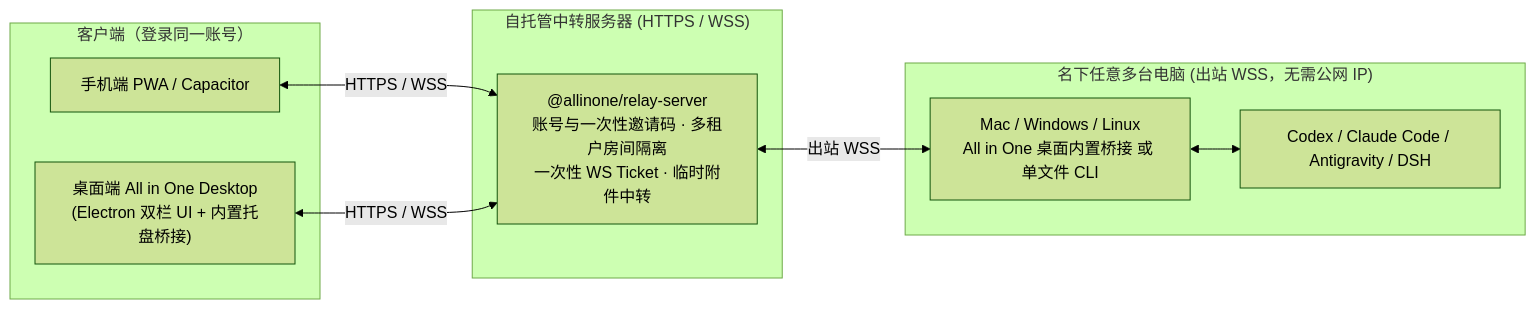
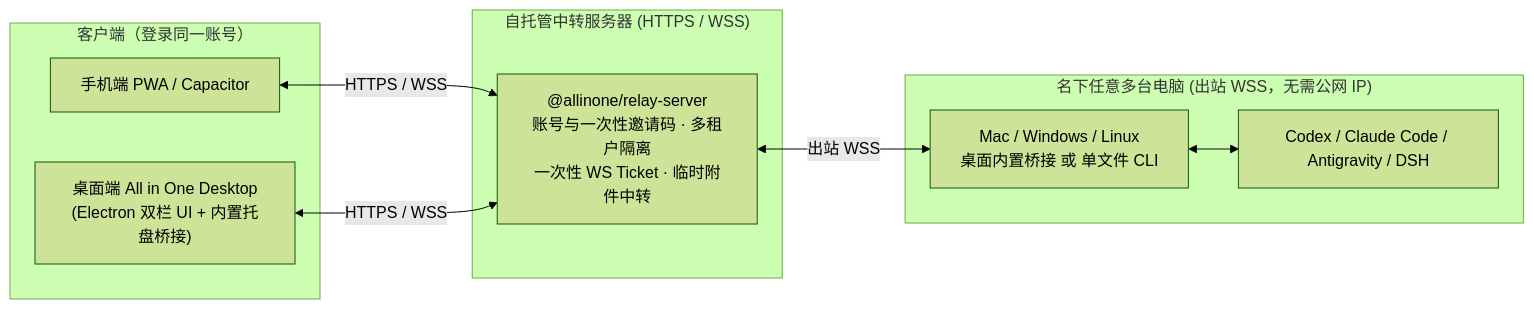
One commit to RainbowLion0320/AllinOne changed the diagram in README.md. Above: the diagram before and after it, drawn with Mermaid (forest theme). The commit also changed other lines of this file and 3 other files, not shown here.

````diff
--- a/README.md
+++ b/README.md
@@ -43,21 +117,21 @@
 ```mermaid
 flowchart LR
   subgraph Clients["客户端（登录同一账号）"]
     M["手机端 PWA / Capacitor"]
     D["桌面端 All in One Desktop<br/>(Electron 双栏 UI + 内置托盘桥接)"]
   end
 
   subgraph Server["自托管中转服务器 (HTTPS / WSS)"]
-    R["@allinone/relay-server<br/>账号与一次性邀请码 · 多租户房间隔离<br/>一次性 WS Ticket · 临时附件中转"]
+    R["@allinone/relay-server<br/>账号与一次性邀请码 · 多租户隔离<br/>一次性 WS Ticket · 临时附件中转"]
   end
 
   subgraph PCs["名下任意多台电脑 (出站 WSS，无需公网 IP)"]
-    B1["Mac / Windows / Linux<br/>All in One 桌面内置桥接 或 单文件 CLI"]
+    B1["Mac / Windows / Linux<br/>桌面内置桥接 或 单文件 CLI"]
     A1["Codex / Claude Code / Antigravity / DSH"]
     B1 <--> A1
   end
 
   M <-->|"HTTPS / WSS"| R
   D <-->|"HTTPS / WSS"| R
   R <-->|"出站 WSS"| B1
 ```
````
